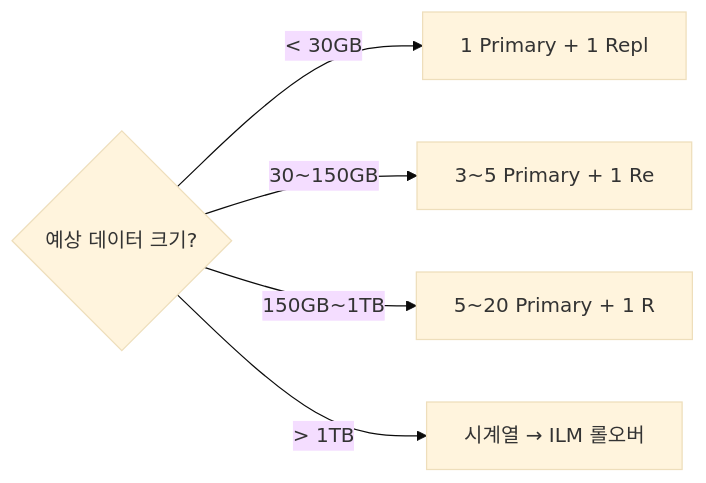
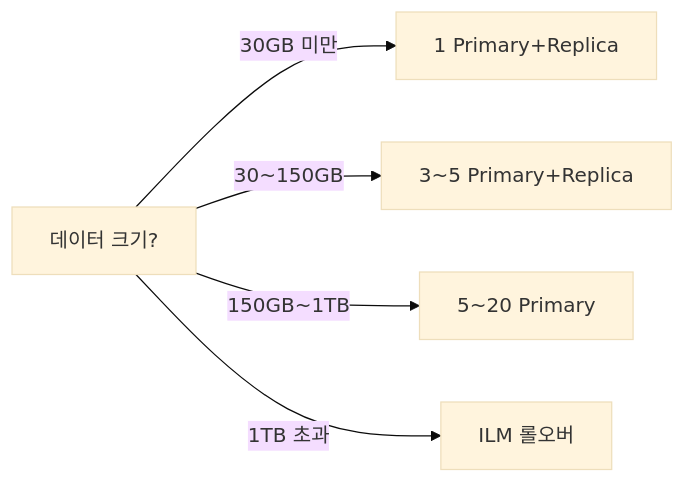
Before and after one commit to yjkim2015/yjkim2015.github.io: the sixth of 7 diagrams in _posts/nosql/2026-05-03-elasticsearch-deep.md, drawn with Mermaid (base theme). The commit also changed other lines of this file and 84 other files, not shown here.

First line of the commit message:
85개 포스트 Mermaid 다이어그램 규칙 일괄 수정

````diff
--- a/_posts/nosql/2026-05-03-elasticsearch-deep.md
+++ b/_posts/nosql/2026-05-03-elasticsearch-deep.md
@@ -632,7 +629,7 @@
 ```mermaid
-flowchart LR
-    Q1{"예상 데이터 크기?"} --> |"< 30GB"| S1["1 Primary + 1 Repl"]
-    Q1 --> |"30~150GB"| S3["3~5 Primary + 1 Re"]
-    Q1 --> |"150GB~1TB"| S10["5~20 Primary + 1 R"]
-    Q1 --> |"> 1TB"| ILM["시계열 → ILM 롤오버"]
+graph LR
+    Q1["데이터 크기?"] -->|"30GB 미만"| S1["1 Primary+Replica"]
+    Q1 -->|"30~150GB"| S3["3~5 Primary+Replica"]
+    Q1 -->|"150GB~1TB"| S10["5~20 Primary"]
+    Q1 -->|"1TB 초과"| ILM["ILM 롤오버"]
 ```
````
